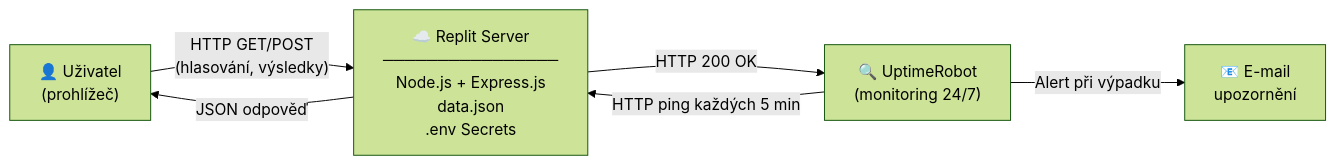
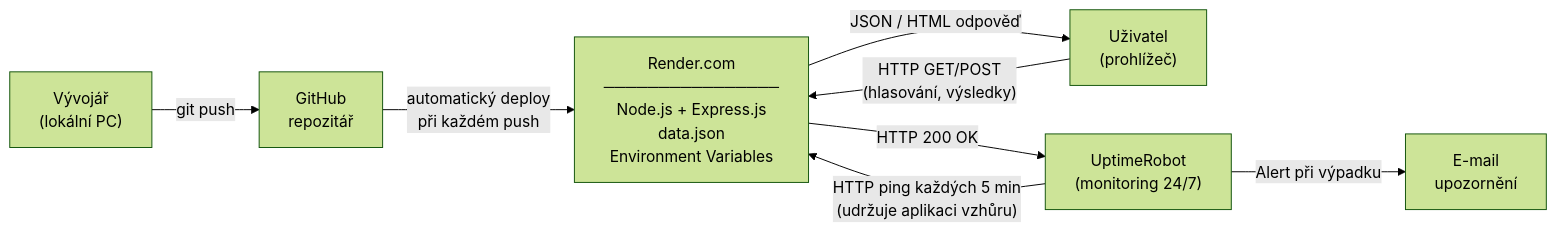
The second of 2 diagrams in README.md (Reavenous/anketa-dovolena), drawn with Mermaid (forest theme) before and after one commit. The commit also changed other lines of this file and 1 other file, not shown here.

Commit message:
dokumentace a odkaz na github přímo na stránce

````diff
--- a/README.md
+++ b/README.md
@@ -91,13 +90,17 @@
 ```mermaid
 graph LR
-    USER["👤 Uživatel\n(prohlížeč)"]
-    REPLIT["☁️ Replit Server\n────────────────\nNode.js + Express.js\ndata.json\n.env Secrets"]
-    UPTIME["🔍 UptimeRobot\n(monitoring 24/7)"]
-    EMAIL["📧 E-mail\nupozornění"]
+    DEV[" Vývojář\n(lokální PC)"]
+    GITHUB[" GitHub\nrepozitář"]
+    RENDER[" Render.com\n────────────────\nNode.js + Express.js\ndata.json\nEnvironment Variables"]
+    USER[" Uživatel\n(prohlížeč)"]
+    UPTIME[" UptimeRobot\n(monitoring 24/7)"]
+    EMAIL[" E-mail\nupozornění"]
 
-    USER -- "HTTP GET/POST\n(hlasování, výsledky)" --> REPLIT
-    REPLIT -- "JSON odpověď" --> USER
-    UPTIME -- "HTTP ping každých 5 min" --> REPLIT
-    REPLIT -- "HTTP 200 OK" --> UPTIME
+    DEV -- "git push" --> GITHUB
+    GITHUB -- "automatický deploy\npři každém push" --> RENDER
+    USER -- "HTTP GET/POST\n(hlasování, výsledky)" --> RENDER
+    RENDER -- "JSON / HTML odpověď" --> USER
+    UPTIME -- "HTTP ping každých 5 min\n(udržuje aplikaci vzhůru)" --> RENDER
+    RENDER -- "HTTP 200 OK" --> UPTIME
     UPTIME -- "Alert při výpadku" --> EMAIL
 ```
````
